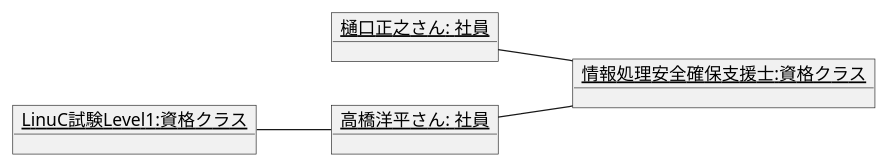
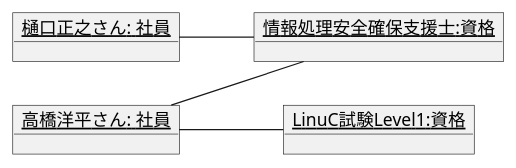
The diagram in 演習3-6_OBJ_資格取得のオブジェクト図.pu (Ragamn/uml-introduction), drawn with PlantUML before and after one commit.

Commit message:
修正

```diff
--- a/演習3-6_OBJ_資格取得のオブジェクト図.pu
+++ b/演習3-6_OBJ_資格取得のオブジェクト図.pu
@@ -1,18 +1,18 @@
 @startuml
 left to right direction
 object "<u>高橋洋平さん: 社員</u>" as 高橋洋平{
 
 }
 object "<u>樋口正之さん: 社員</u>" as 樋口正之{
     
 }
-object "<u>情報処理安全確保支援士:資格クラス</u>" as 情報処理安全確保支援士{
+object "<u>情報処理安全確保支援士:資格</u>" as 情報処理安全確保支援士{
 
 }
-object "<u>LinuC試験Level1:資格クラス</u>" as LinuC試験Level1 {
+object "<u>LinuC試験Level1:資格</u>" as LinuC試験Level1 {
 
 }
-高橋洋平--情報処理安全確保支援士
-LinuC試験Level1--高橋洋平
-樋口正之--情報処理安全確保支援士
+高橋洋平 -- 情報処理安全確保支援士
+LinuC試験Level1 -up- 高橋洋平
+樋口正之 -- 情報処理安全確保支援士
 @endumle
```
